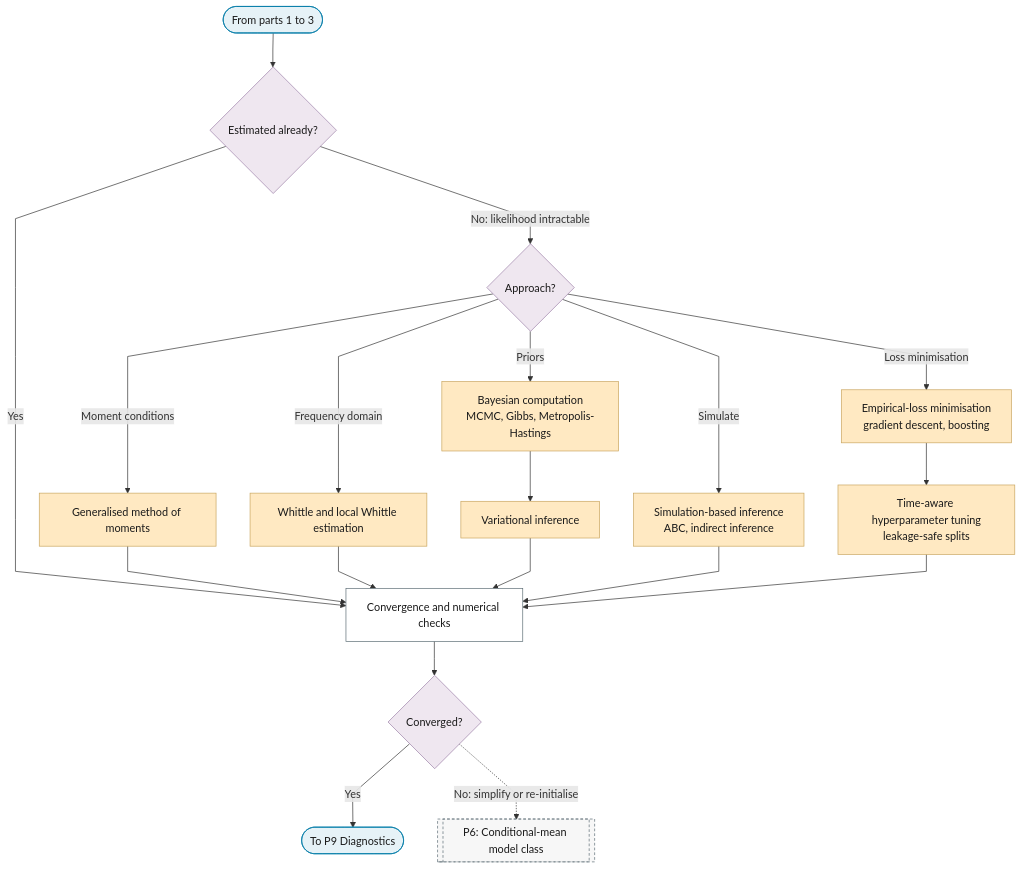
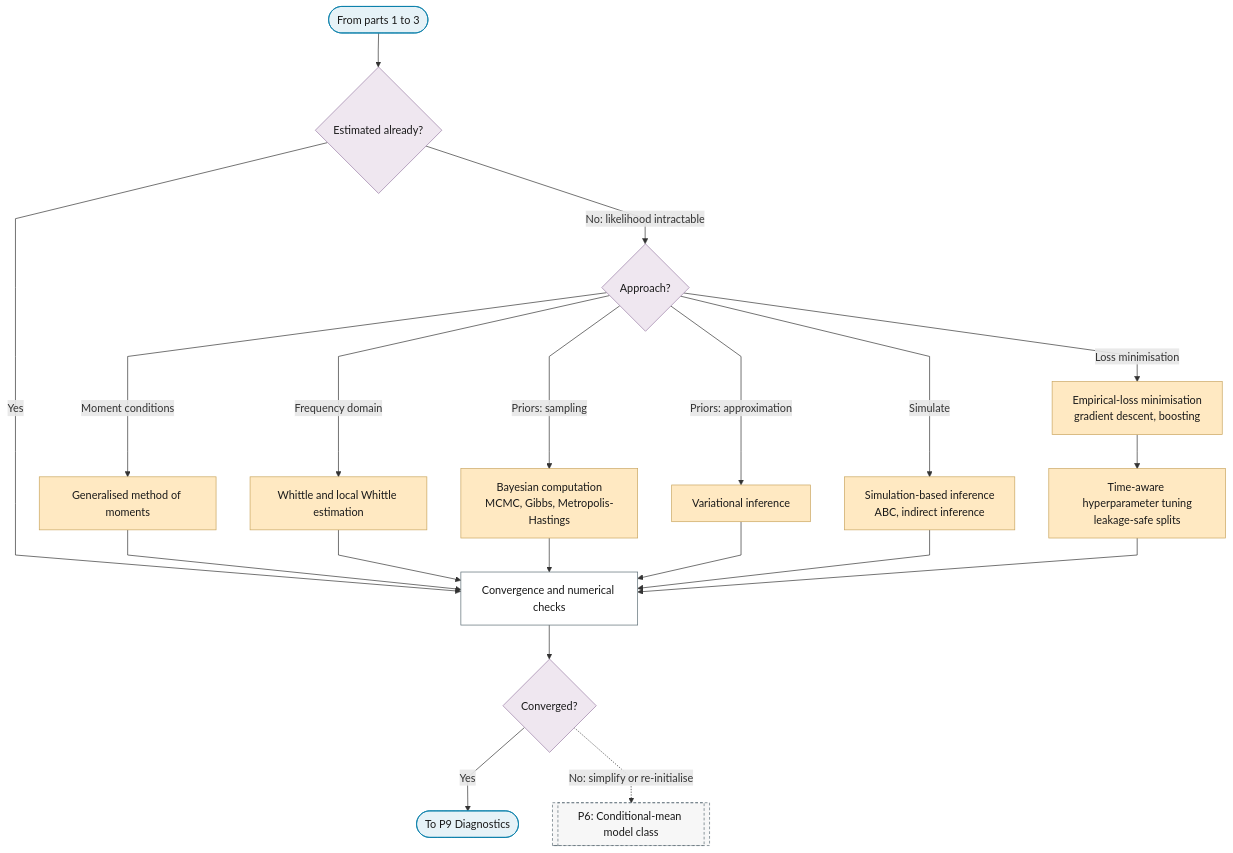
Before and after one commit to Shuxin-Y/time-series-analysis-manual: the fourth of 4 diagrams in docs/01-workflow/p08-estimation.md, drawn with Mermaid. The commit also changed 5 other files, not shown here.

First line of the commit message:
fix(flowchart): the last alternative chains become fan-outs (rev1 M8, rev2 N10, rev3 N8)

````diff
--- a/docs/01-workflow/p08-estimation.md
+++ b/docs/01-workflow/p08-estimation.md
@@ -95,31 +95,31 @@
 ```mermaid
 %%{init: {"flowchart": {"curve": "linear"}}}%%
 graph TD
     P8_PART_4_IN(["From parts 1 to 3"]) --> P8_ESTIMATED{"Estimated already?"}
     P8_ESTIMATED -->|"No: likelihood intractable"| P8_INTRACTABLE{"Approach?"}
     P8_ESTIMATED -->|"Yes"| P8_CONVERGENCE
     P8_INTRACTABLE -->|"Moment conditions"| P8_GMM["Generalised method of moments"]
     P8_INTRACTABLE -->|"Frequency domain"| P8_WHITTLE["Whittle and local Whittle estimation"]
-    P8_INTRACTABLE -->|"Priors"| P8_MCMC["Bayesian computation<br/>MCMC, Gibbs, Metropolis-Hastings"]
+    P8_INTRACTABLE -->|"Priors: sampling"| P8_MCMC["Bayesian computation<br/>MCMC, Gibbs, Metropolis-Hastings"]
+    P8_INTRACTABLE -->|"Priors: approximation"| P8_VARIATIONAL["Variational inference"]
     P8_INTRACTABLE -->|"Simulate"| P8_SIMULATION_INFERENCE["Simulation-based inference<br/>ABC, indirect inference"]
     P8_INTRACTABLE -->|"Loss minimisation"| P8_EMPIRICAL_LOSS["Empirical-loss minimisation<br/>gradient descent, boosting"]
-    P8_MCMC --> P8_VARIATIONAL["Variational inference"]
     P8_EMPIRICAL_LOSS --> P8_HYPERPARAMETERS["Time-aware hyperparameter tuning<br/>leakage-safe splits"]
-    P8_GMM & P8_WHITTLE & P8_VARIATIONAL & P8_SIMULATION_INFERENCE & P8_HYPERPARAMETERS --> P8_CONVERGENCE["Convergence and numerical checks"]
+    P8_GMM & P8_WHITTLE & P8_MCMC & P8_VARIATIONAL & P8_SIMULATION_INFERENCE & P8_HYPERPARAMETERS --> P8_CONVERGENCE["Convergence and numerical checks"]
     P8_CONVERGENCE --> P8_CONVERGED{"Converged?"}
     P8_CONVERGED -->|"Yes"| P8_OUT(["To P9 Diagnostics"])
     P8_CONVERGED -.->|"No: simplify or re-initialise"| P6[["P6: Conditional-mean model class"]]
     class P8_GMM,P8_WHITTLE,P8_MCMC,P8_SIMULATION_INFERENCE,P8_EMPIRICAL_LOSS,P8_VARIATIONAL,P8_HYPERPARAMETERS escalate
     class P8_PART_4_IN,P8_OUT terminator
     class P8_ESTIMATED,P8_INTRACTABLE,P8_CONVERGED decision
     class P8_CONVERGENCE process
     class P6 ref
     classDef terminator fill:#E6F2F7,stroke:#007BA7,color:#1A1A1A;
     classDef process fill:#FFFFFF,stroke:#5A6B73,color:#1A1A1A;
     classDef decision fill:#EFE7F0,stroke:#9B7FA7,color:#1A1A1A;
     classDef data fill:#FFF4E0,stroke:#C9A55E,color:#1A1A1A;
     classDef good fill:#DCEFD8,stroke:#4A7A3F,color:#1A1A1A;
     classDef escalate fill:#FFE9C2,stroke:#C9A55E,color:#1A1A1A;
     classDef problem fill:#F2D9DE,stroke:#800020,color:#1A1A1A;
     classDef ref fill:#F7F7F7,stroke:#5A6B73,color:#1A1A1A,stroke-dasharray:4 3;
 ```
````
